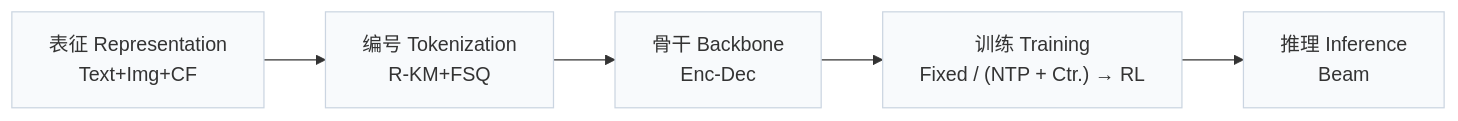
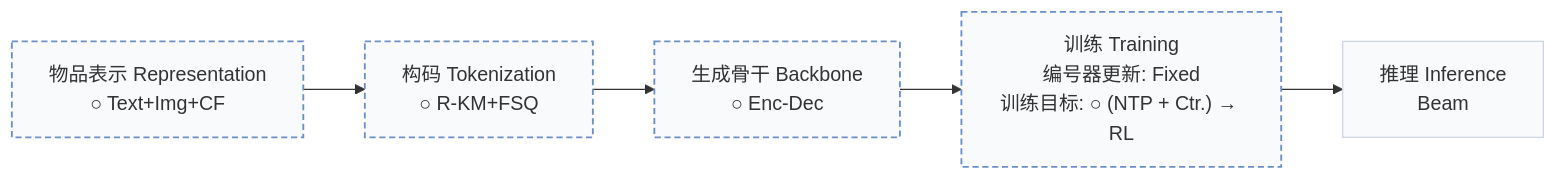
One commit to Galaxy-ghost/Awesome-SID-Generative-Rec changed the first of 2 diagrams in pages/zh/papers/onemall.md. Above: the diagram before and after it, drawn with Mermaid. The commit also changed other lines of this file and 558 other files, not shown here.

````diff
--- a/pages/zh/papers/onemall.md
+++ b/pages/zh/papers/onemall.md
@@ -15,6 +18,8 @@
 ```mermaid
 flowchart LR
-    R["表征 Representation<br/>Text+Img+CF"] --> T["编号 Tokenization<br/>R-KM+FSQ"] --> B["骨干 Backbone<br/>Enc-Dec"] --> TR["训练 Training<br/>Fixed / (NTP + Ctr.) → RL"] --> I["推理 Inference<br/>Beam"]
+    R["物品表示 Representation<br/>○ Text+Img+CF"] --> T["构码 Tokenization<br/>○ R-KM+FSQ"] --> B["生成骨干 Backbone<br/>○ Enc-Dec"] --> TR["训练 Training<br/>编号器更新: Fixed<br/>训练目标: ○ (NTP + Ctr.) → RL"] --> I["推理 Inference<br/>Beam"]
     classDef base fill:#f8fafc,stroke:#cbd5e1
     class R,T,B,TR,I base
+    classDef other fill:#f8fafc,stroke:#6b8fc7,stroke-width:1.5px,stroke-dasharray:5 3
+    class R,T,B,TR other
 ```
````
